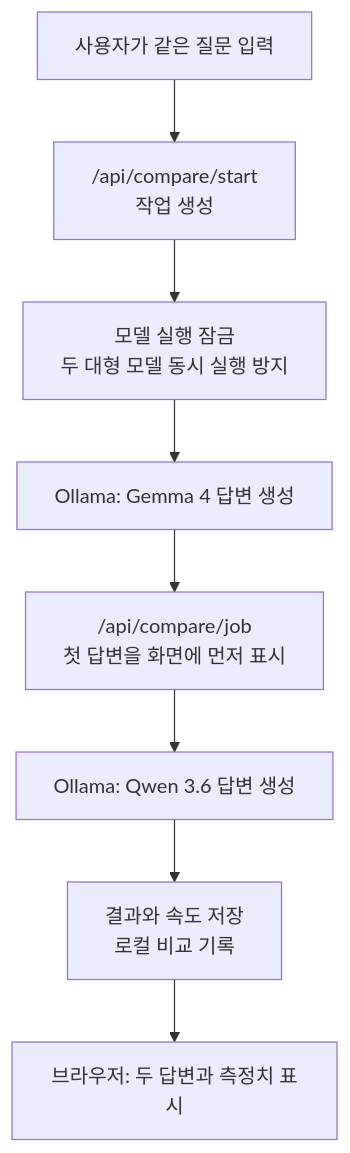
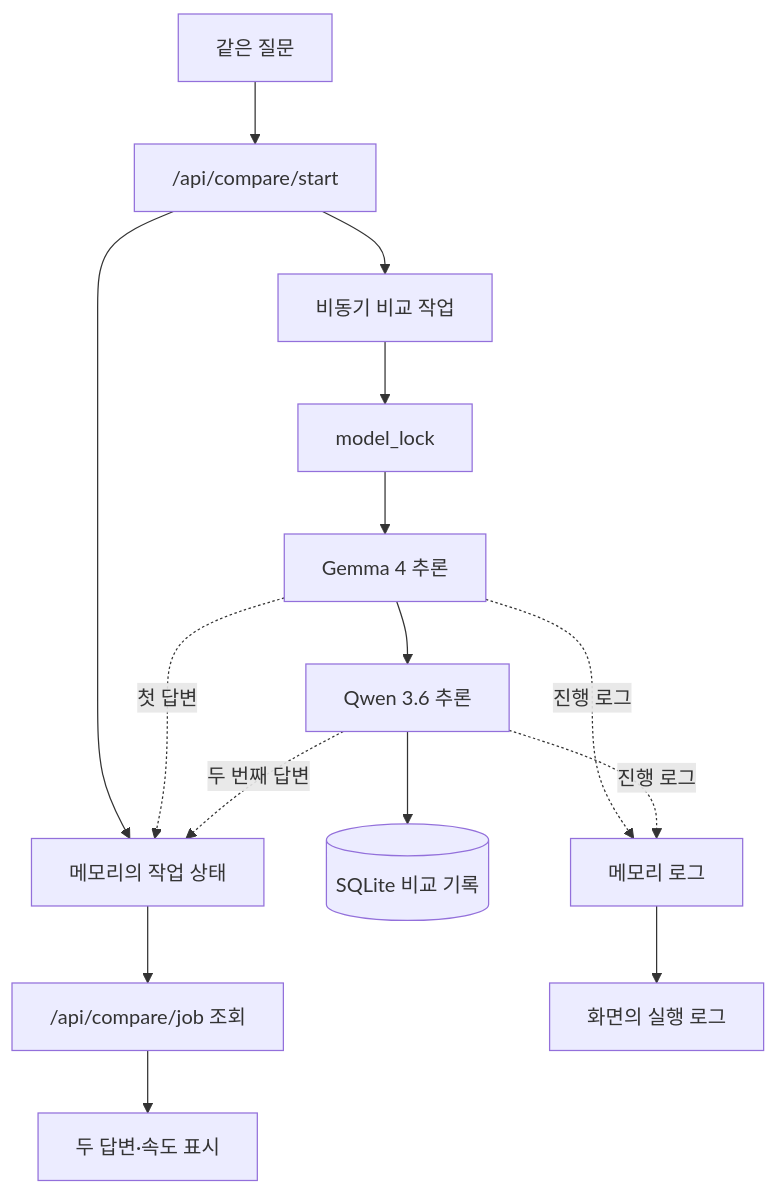
Before and after one commit to zidudu/26_-AI-: the second of 3 diagrams in 20261001_local_ai_workbench_v0.1/README.md, drawn with Mermaid. The commit also changed other lines of this file and 2 other files, not shown here.

````diff
--- a/20261001_local_ai_workbench_v0.1/README.md
+++ b/20261001_local_ai_workbench_v0.1/README.md
@@ -51,13 +64,19 @@
 ```mermaid
 flowchart TB
-    Q["사용자가 같은 질문 입력"]
-    J["/api/compare/start<br/>작업 생성"]
-    L["모델 실행 잠금<br/>두 대형 모델 동시 실행 방지"]
-    G["Ollama: Gemma 4 답변 생성"]
-    W["/api/compare/job<br/>첫 답변을 화면에 먼저 표시"]
-    C["Ollama: Qwen 3.6 답변 생성"]
-    H["결과와 속도 저장<br/>로컬 비교 기록"]
-    V["브라우저: 두 답변과 측정치 표시"]
+    Q["같은 질문"] --> START["/api/compare/start"]
+    START --> WORK["비동기 비교 작업"]
+    START --> JOBS["메모리의 작업 상태"]
 
-    Q --> J --> L --> G --> W --> C --> H --> V
+    WORK --> LOCK["model_lock"]
+    LOCK --> GEM["Gemma 4 추론"]
+    GEM --> QWEN["Qwen 3.6 추론"]
+
+    GEM -.->|첫 답변| JOBS
+    QWEN -.->|두 번째 답변| JOBS
+    JOBS --> POLL["/api/compare/job 조회"] --> VIEW["두 답변·속도 표시"]
+
+    QWEN --> HIST[("SQLite 비교 기록")]
+    GEM -.->|진행 로그| EVENTS["메모리 로그"]
+    QWEN -.->|진행 로그| EVENTS
+    EVENTS --> LOGVIEW["화면의 실행 로그"]
 ```
````
